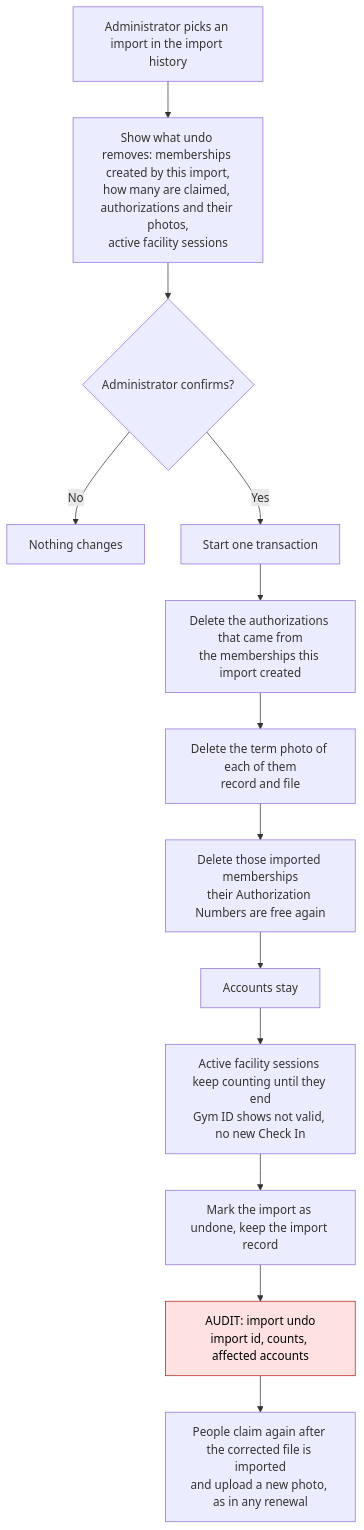
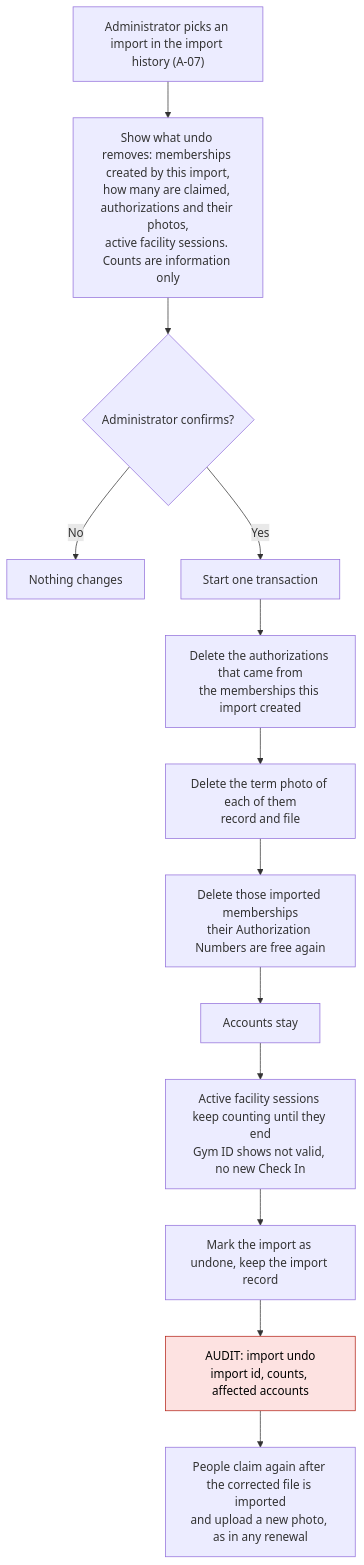
The seventh of 17 diagrams in docs/design/admin-flows.md (Th3-Minorities/natatorio-gym-app), drawn with Mermaid before and after one commit. The commit also changed other lines of this file, not shown here.

Commit message:
Apply the design review decisions to the administration flows

````diff
--- a/docs/design/admin-flows.md
+++ b/docs/design/admin-flows.md
@@ -217,18 +242,18 @@
 ```mermaid
 flowchart TD
-  Z1["Administrator picks an import in the import history"] --> Z2["Show what undo removes: memberships created by this import,<br/>how many are claimed, authorizations and their photos,<br/>active facility sessions"]
+  Z1["Administrator picks an import in the import history (A-07)"] --> Z2["Show what undo removes: memberships created by this import,<br/>how many are claimed, authorizations and their photos,<br/>active facility sessions. Counts are information only"]
   Z2 --> Z3{"Administrator confirms?"}
   Z3 -->|"No"| Z4["Nothing changes"]
   Z3 -->|"Yes"| Z5["Start one transaction"]
   Z5 --> Z6["Delete the authorizations that came from<br/>the memberships this import created"]
   Z6 --> Z7["Delete the term photo of each of them<br/>record and file"]
   Z7 --> Z8["Delete those imported memberships<br/>their Authorization Numbers are free again"]
   Z8 --> Z9["Accounts stay"]
   Z9 --> Z10["Active facility sessions keep counting until they end<br/>Gym ID shows not valid, no new Check In"]
   Z10 --> Z11["Mark the import as undone, keep the import record"]
   Z11 --> Z12["AUDIT: import undo<br/>import id, counts, affected accounts"]
   Z12 --> Z13["People claim again after the corrected file is imported<br/>and upload a new photo, as in any renewal"]
 
   classDef audit fill:#fde2e1,stroke:#b42318,color:#000
   class Z12 audit
 ```
````
